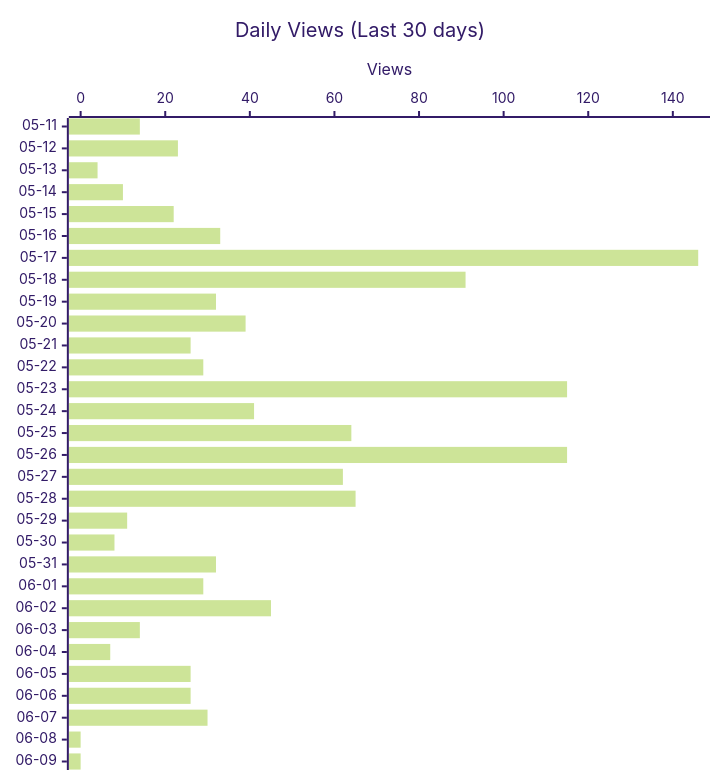
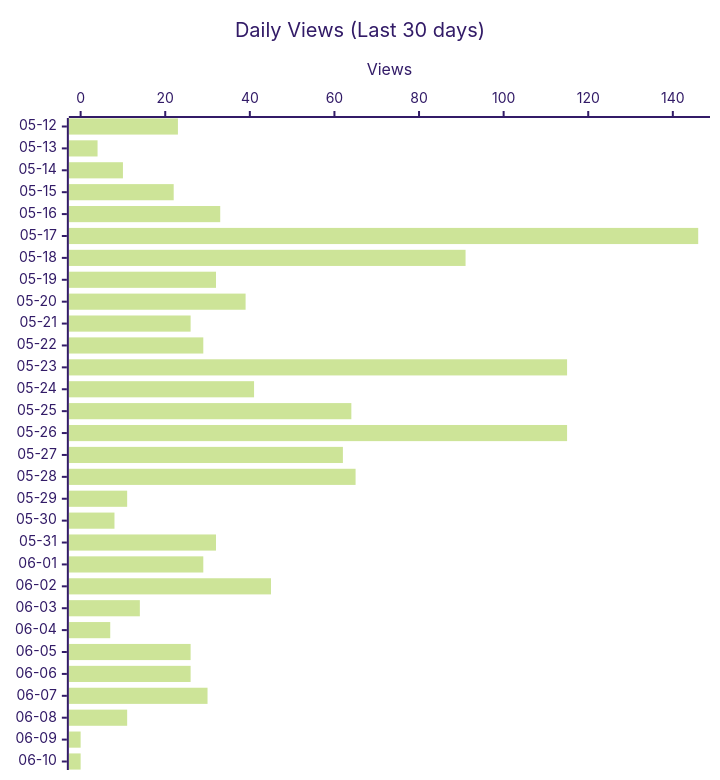
The second of 3 diagrams in README.md (shigechika/github-insights), drawn with Mermaid (forest theme) before and after one commit. The commit also changed other lines of this file and 2 other files, not shown here.

````diff
--- a/README.md
+++ b/README.md
@@ -28,12 +28,12 @@
 ```mermaid
 ---
 config:
   xyChart:
     height: 760
 ---
 xychart-beta horizontal
     title "Daily Views (Last 30 days)"
-    x-axis ["05-11", "05-12", "05-13", "05-14", "05-15", "05-16", "05-17", "05-18", "05-19", "05-20", "05-21", "05-22", "05-23", "05-24", "05-25", "05-26", "05-27", "05-28", "05-29", "05-30", "05-31", "06-01", "06-02", "06-03", "06-04", "06-05", "06-06", "06-07", "06-08", "06-09"]
+    x-axis ["05-12", "05-13", "05-14", "05-15", "05-16", "05-17", "05-18", "05-19", "05-20", "05-21", "05-22", "05-23", "05-24", "05-25", "05-26", "05-27", "05-28", "05-29", "05-30", "05-31", "06-01", "06-02", "06-03", "06-04", "06-05", "06-06", "06-07", "06-08", "06-09", "06-10"]
     y-axis "Views"
-    bar [14, 23, 4, 10, 22, 33, 146, 91, 32, 39, 26, 29, 115, 41, 64, 115, 62, 65, 11, 8, 32, 29, 45, 14, 7, 26, 26, 30, 0, 0]
+    bar [23, 4, 10, 22, 33, 146, 91, 32, 39, 26, 29, 115, 41, 64, 115, 62, 65, 11, 8, 32, 29, 45, 14, 7, 26, 26, 30, 11, 0, 0]
 ```
````
